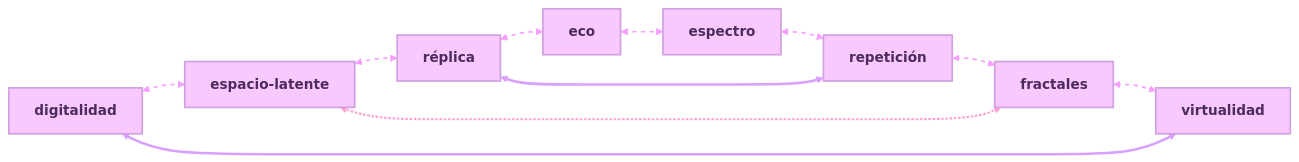
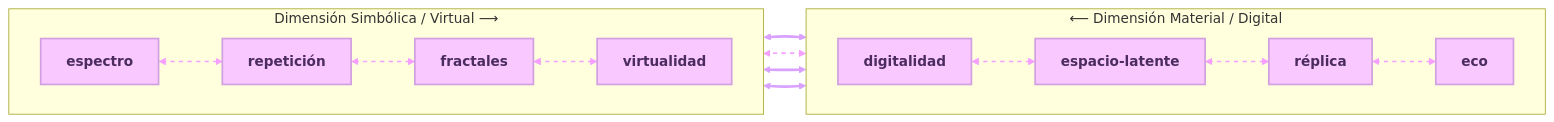
The diagram in README.md (CryoXen/CryoXen), drawn with Mermaid before and after one commit.

````diff
--- a/README.md
+++ b/README.md
@@ -6,21 +6,41 @@
 ```mermaid
 flowchart LR
-  A[digitalidad]:::n <--> B[espacio-latente]:::n
-  B <--> C[réplica]:::n
-  C <--> D[eco]:::n
-  D <--> E[espectro]:::n
-  E <--> F[repetición]:::n
-  F <--> G[fractales]:::n
-  G <--> H[virtualidad]:::n
-  H <--> A
-  C <--> F
-  B <--> G
+    %% Nodos principales
+    A[digitalidad]:::n <--> B[espacio-latente]:::n
+    B <--> C[réplica]:::n
+    C <--> D[eco]:::n
+    D <--> E[espectro]:::n
+    E <--> F[repetición]:::n
+    F <--> G[fractales]:::n
+    G <--> H[virtualidad]:::n
+    H <--> A
+    C <--> F
+    B <--> G
 
-  %% Estilos 
-  classDef n fill:#f8c8ff,stroke:#d1a0e0,stroke-width:2px,color:#4b2b60,font-weight:bold;
+    %% División por mitades (ajustada)
+    subgraph L[⟵ Dimensión Material / Digital]
+        direction LR
+        A
+        B
+        C
+        D
+    end
 
-  %% Animaciones simuladas mediante estilos alternos y flechas punteadas
-  linkStyle 0,1,2,3,4,5,6 stroke:#f5a0ff,stroke-width:2px,stroke-dasharray:5 5;
-  linkStyle 7,8 stroke:#d8a0ff,stroke-width:3px;
-  linkStyle 9 stroke:#ffa0d0,stroke-width:2.5px,stroke-dasharray:3 2;
+    subgraph R[Dimensión Simbólica / Virtual ⟶]
+        direction LR
+        E
+        F
+        G
+        H
+    end
+
+    %% Estilos
+    classDef n fill:#f8c8ff,stroke:#d1a0e0,stroke-width:2px,color:#4b2b60,font-weight:bold;
+
+    %% Animaciones simuladas mediante estilos alternos y flechas punteadas
+    linkStyle 0,1,2,3,4,5,6 stroke:#f5a0ff,stroke-width:2px,stroke-dasharray:5 5;
+    linkStyle 7,8 stroke:#d8a0ff,stroke-width:3px;
+    linkStyle 9 stroke:#d8a0ff,stroke-width:3px;
+
+
 ```
````
